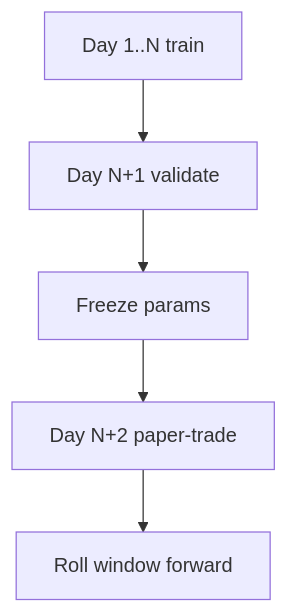
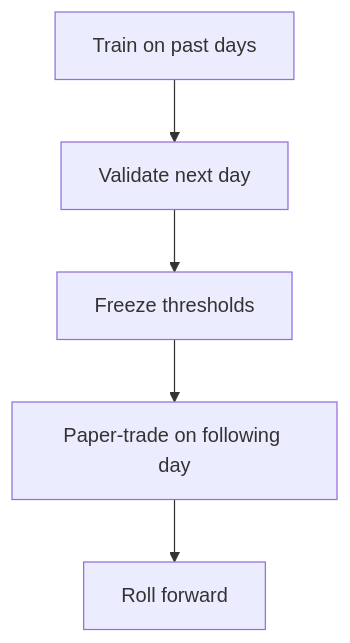
Before and after one commit to gQuantCoder/deep_orderbook: the diagram in docs/quant/useful-future-prediction-plan.md, drawn with Mermaid. The commit also changed other lines of this file and 10 other files, not shown here.

Commit message:
train: add structured TTL field loss and refresh architecture docs

````diff
--- a/docs/quant/useful-future-prediction-plan.md
+++ b/docs/quant/useful-future-prediction-plan.md
@@ -70,7 +59,7 @@
 ```mermaid
 flowchart TD
-  A[Day 1..N train] --> B[Day N+1 validate]
-  B --> C[Freeze params]
-  C --> D[Day N+2 paper-trade]
-  D --> E[Roll window forward]
+  A[Train on past days] --> B[Validate next day]
+  B --> C[Freeze thresholds]
+  C --> D[Paper-trade on following day]
+  D --> E[Roll forward]
 ```
````
